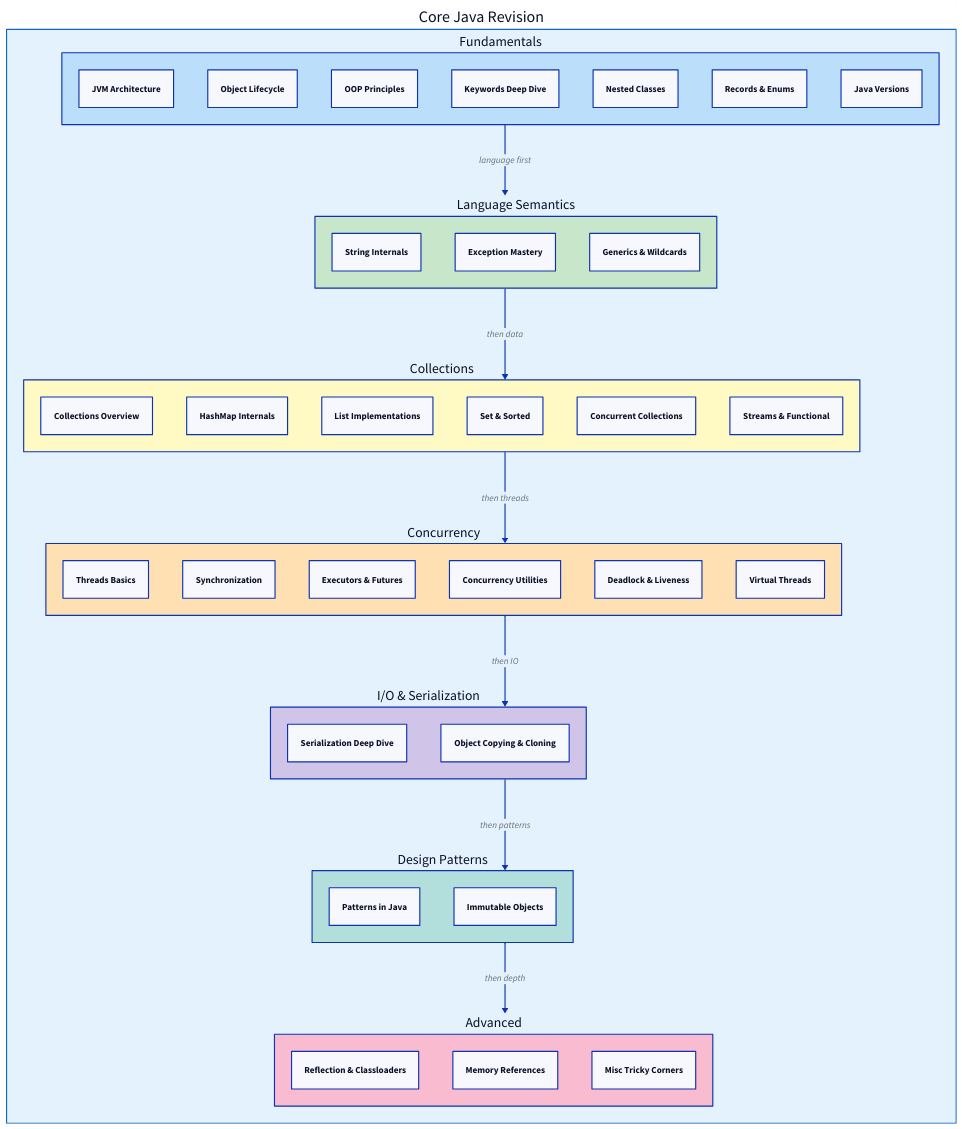
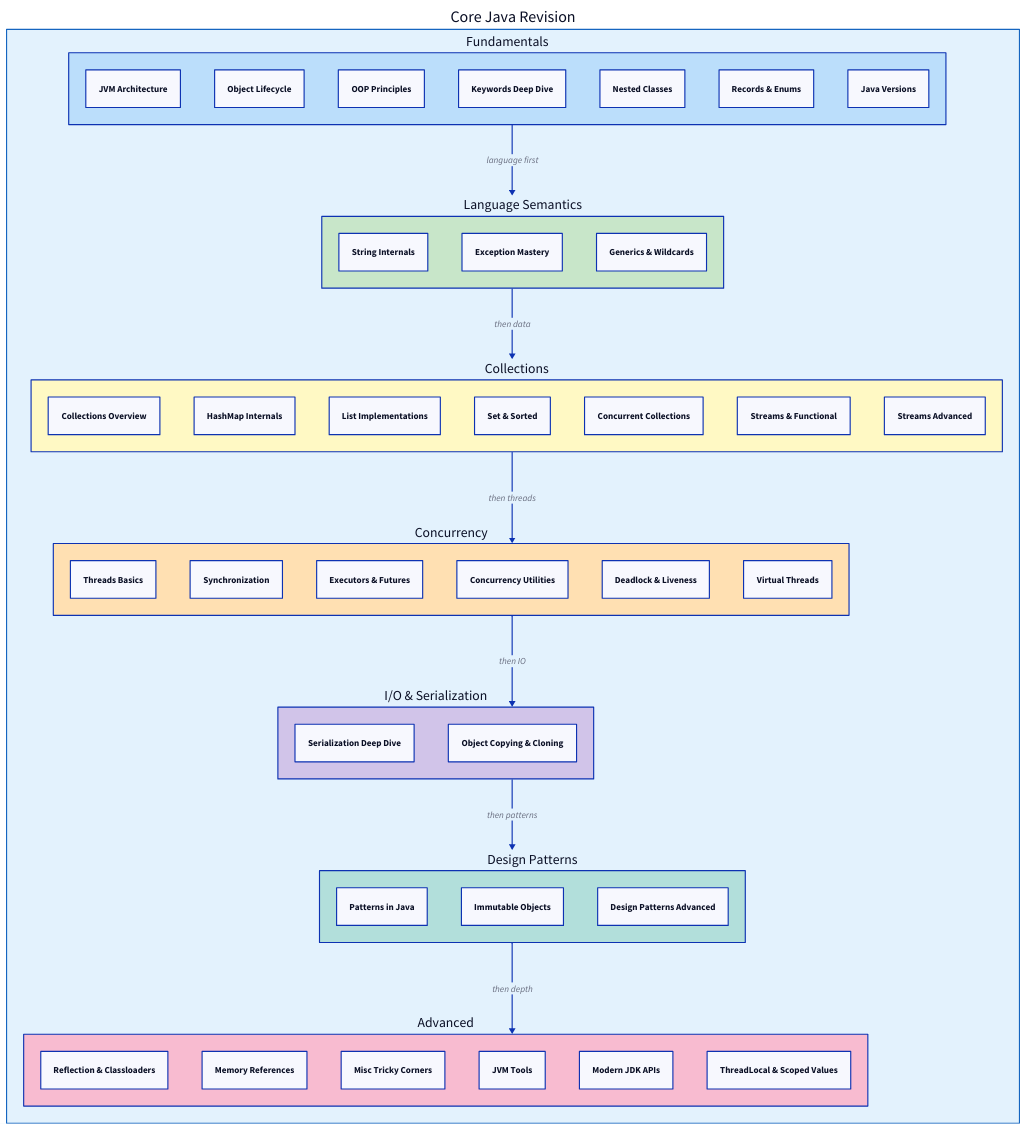
One commit to cyberstoneac/dsa_docs changed the first of 3 diagrams in docs/java/index.md. Above: the diagram before and after it, drawn with D2. The commit also changed other lines of this file and 30 other files, not shown here.

````diff
--- a/docs/java/index.md
+++ b/docs/java/index.md
@@ -18,72 +18,77 @@
 ```d2
 direction: down
 
 root: Core Java Revision {
   style.fill: "#e3f2fd"
   style.stroke: "#1565c0"
 
   fund: Fundamentals {
     style.fill: "#bbdefb"
     jvm: JVM Architecture
     obj: Object Lifecycle
     oop: OOP Principles
     kw: Keywords Deep Dive
     nest: Nested Classes
     rec: Records & Enums
     ver: Java Versions
   }
 
   sem: Language Semantics {
     style.fill: "#c8e6c9"
     str: String Internals
     exc: Exception Mastery
     gen: Generics & Wildcards
   }
 
   coll: Collections {
     style.fill: "#fff9c4"
     cov: Collections Overview
     hm: HashMap Internals
     lst: List Implementations
     st: Set & Sorted
     cc: Concurrent Collections
     stream: Streams & Functional
+    advStream: Streams Advanced
   }
 
   conc: Concurrency {
     style.fill: "#ffe0b2"
     tb: Threads Basics
     sync: Synchronization
     exec: Executors & Futures
     util: Concurrency Utilities
     dl: Deadlock & Liveness
     vt: Virtual Threads
   }
 
   io: I/O & Serialization {
     style.fill: "#d1c4e9"
     ser: Serialization Deep Dive
     copy: Object Copying & Cloning
   }
 
   pat: Design Patterns {
     style.fill: "#b2dfdb"
     patterns: Patterns in Java
     immut: Immutable Objects
+    advPat: Design Patterns Advanced
   }
 
   adv: Advanced {
     style.fill: "#f8bbd0"
     refl: Reflection & Classloaders
     mem: Memory References
     misc: Misc Tricky Corners
+    jvmTools: JVM Tools
+    modernApis: Modern JDK APIs
+    tl: ThreadLocal & Scoped Values
   }
 }
 
 root.fund -> root.sem: "language first"
 root.sem -> root.coll: "then data"
 root.coll -> root.conc: "then threads"
 root.conc -> root.io: "then IO"
 root.io -> root.pat: "then patterns"
 root.pat -> root.adv: "then depth"
 ```
````
